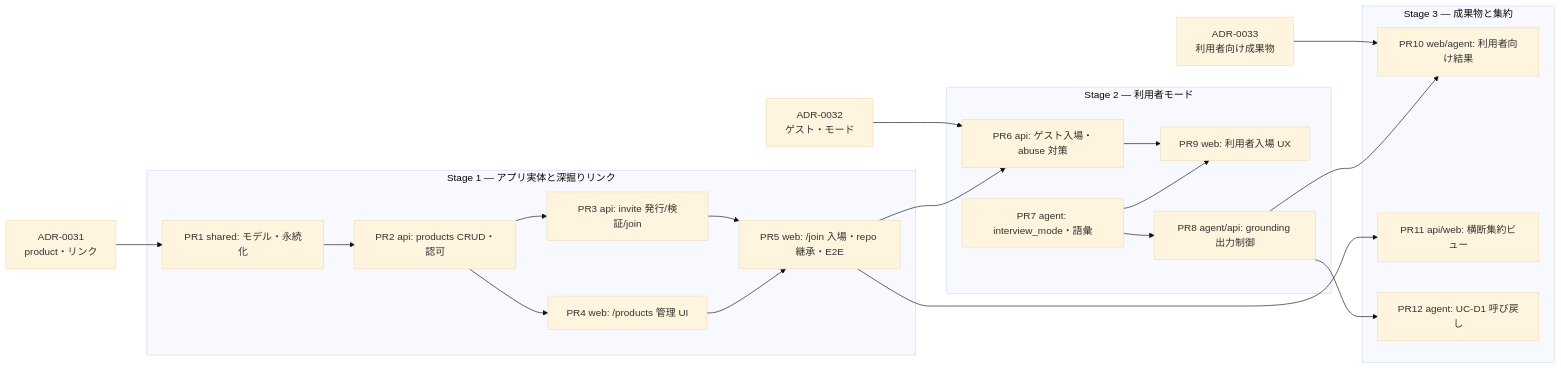
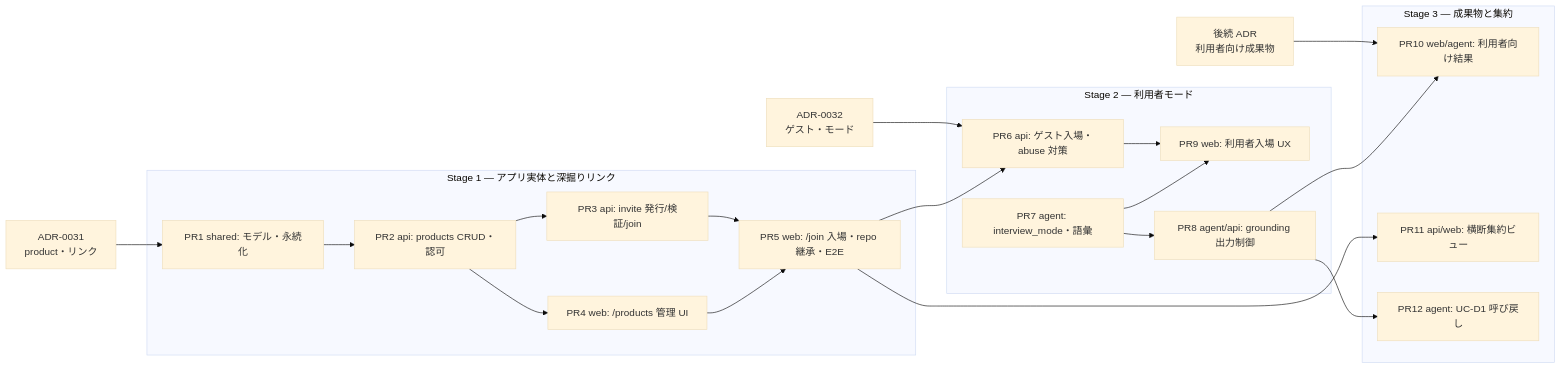
Before and after one commit to godhuu0505/sanba: the diagram in docs/design/product-enduser-implementation-plan.md, drawn with Mermaid (base theme). The commit also changed other lines of this file and 6 other files, not shown here.

````diff
--- a/docs/design/product-enduser-implementation-plan.md
+++ b/docs/design/product-enduser-implementation-plan.md
@@ -20,27 +20,27 @@
 ```mermaid
 flowchart LR
   ADR31["ADR-0031<br/>product・リンク"] --> PR1
   subgraph S1["Stage 1 — アプリ実体と深掘りリンク"]
     PR1["PR1 shared: モデル・永続化"] --> PR2["PR2 api: products CRUD・認可"]
     PR2 --> PR3["PR3 api: invite 発行/検証/join"]
     PR2 --> PR4["PR4 web: /products 管理 UI"]
     PR3 --> PR5["PR5 web: /join 入場・repo 継承・E2E"]
     PR4 --> PR5
   end
   ADR32["ADR-0032<br/>ゲスト・モード"] --> PR6
   subgraph S2["Stage 2 — 利用者モード"]
     PR6["PR6 api: ゲスト入場・abuse 対策"] --> PR9["PR9 web: 利用者入場 UX"]
     PR7["PR7 agent: interview_mode・語彙"] --> PR8["PR8 agent/api: grounding 出力制御"]
     PR7 --> PR9
   end
-  ADR33["ADR-0033<br/>利用者向け成果物"] --> PR10
+  ADR33["後続 ADR<br/>利用者向け成果物"] --> PR10
   subgraph S3["Stage 3 — 成果物と集約"]
     PR10["PR10 web/agent: 利用者向け結果"]
     PR11["PR11 api/web: 横断集約ビュー"]
     PR12["PR12 agent: UC-D1 呼び戻し"]
   end
   PR5 --> PR6
   PR8 --> PR10
   PR5 --> PR11
   PR8 --> PR12
 ```
````
